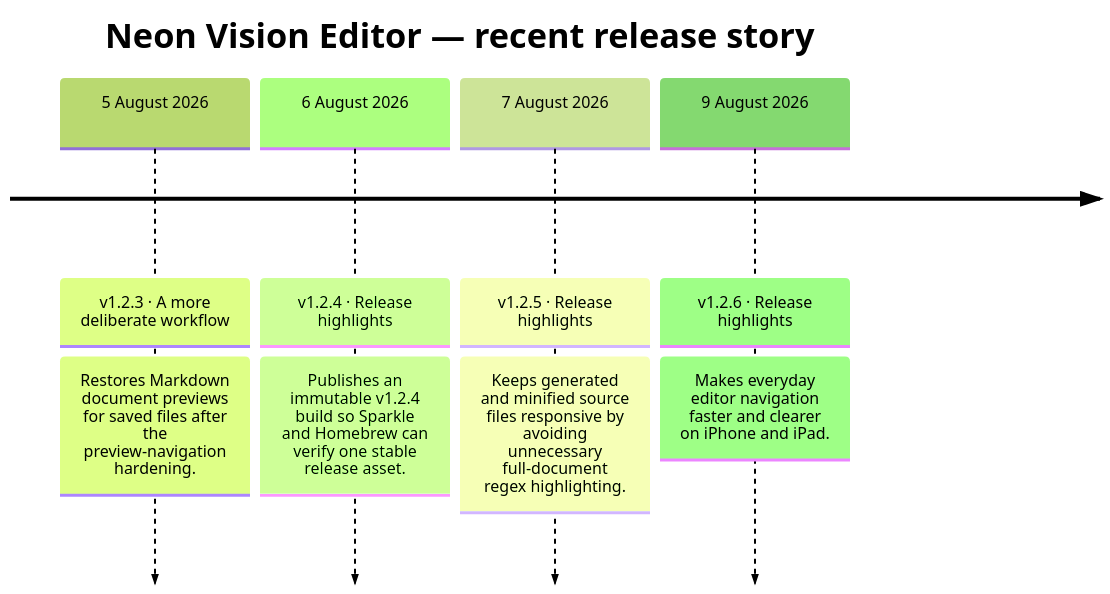
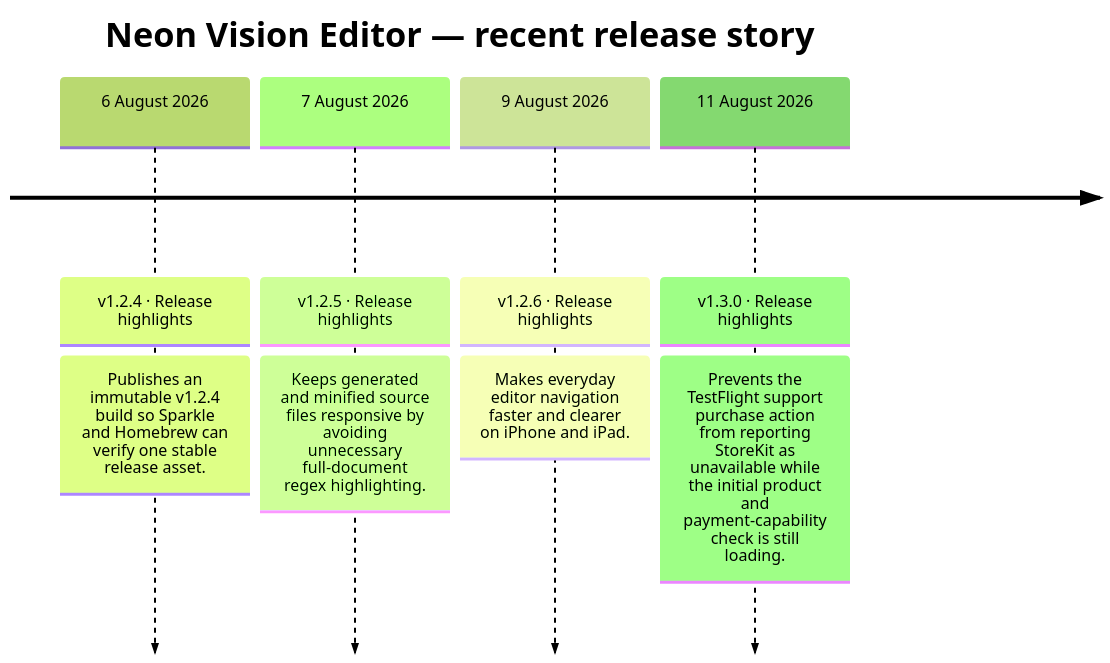
The second of 2 diagrams in README.md (h3pdesign/Neon-Vision-Editor), drawn with Mermaid (forest theme) before and after one commit. The commit also changed other lines of this file and 12 other files, not shown here.

````diff
--- a/README.md
+++ b/README.md
@@ -774,12 +757,12 @@
 ```mermaid
 timeline
     title Neon Vision Editor — recent release story
-    5 August 2026 : v1.2.3 · A more deliberate workflow
-                : Restores Markdown document previews for saved files after the preview-navigation hardening.
     6 August 2026 : v1.2.4 · Release highlights
                 : Publishes an immutable v1.2.4 build so Sparkle and Homebrew can verify one stable release asset.
     7 August 2026 : v1.2.5 · Release highlights
                 : Keeps generated and minified source files responsive by avoiding unnecessary full-document regex highlighting.
     9 August 2026 : v1.2.6 · Release highlights
                 : Makes everyday editor navigation faster and clearer on iPhone and iPad.
+    11 August 2026 : v1.3.0 · Release highlights
+                : Prevents the TestFlight support purchase action from reporting StoreKit as unavailable while the initial product and payment-capability check is still loading.
 ```
````
